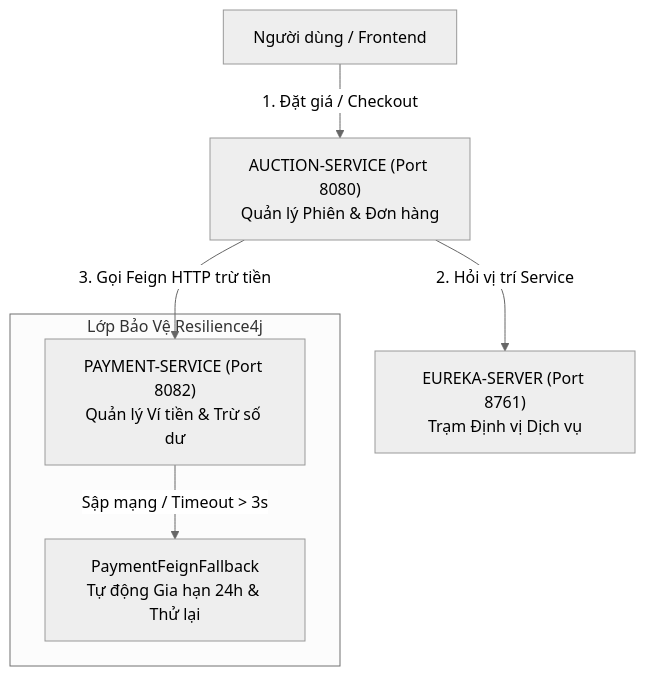
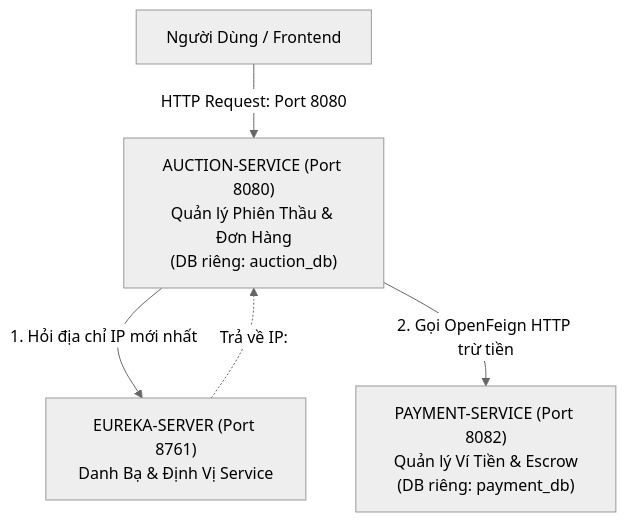
The first of 4 diagrams in documents/MICROSERVICES-DISCOVERY-AND-RESILIENCE-ARCHITECTURE.md (Duongkhmt/AuctionSystem), drawn with Mermaid (neutral theme) before and after one commit. The commit also changed other lines of this file and 8 other files, not shown here.

Commit message:
docs: cập nhật quy trình hậu đấu giá, kiến trúc microservices và hệ thống bảo mật

````diff
--- a/documents/MICROSERVICES-DISCOVERY-AND-RESILIENCE-ARCHITECTURE.md
+++ b/documents/MICROSERVICES-DISCOVERY-AND-RESILIENCE-ARCHITECTURE.md
@@ -21,12 +15,9 @@
 ```mermaid
 flowchart TD
-    Client["Người dùng / Frontend"] -->|1. Đặt giá / Checkout| AuctionService["AUCTION-SERVICE (Port 8080)<br/>Quản lý Phiên & Đơn hàng"]
+    Client["Người Dùng / Frontend"] -->|HTTP Request: Port 8080| AuctionService["AUCTION-SERVICE (Port 8080)<br/>Quản lý Phiên Thầu & Đơn Hàng<br/>(DB riêng: auction_db)"]
     
-    AuctionService -->|2. Hỏi vị trí Service| EurekaServer["EUREKA-SERVER (Port 8761)<br/>Trạm Định vị Dịch vụ"]
+    AuctionService -->|1. Hỏi địa chỉ IP mới nhất| EurekaServer["EUREKA-SERVER (Port 8761)<br/>Danh Bạ & Định Vị Service"]
+    EurekaServer -.->|Trả về IP:| AuctionService
     
-    AuctionService -->|3. Gọi Feign HTTP trừ tiền| PaymentService["PAYMENT-SERVICE (Port 8082)<br/>Quản lý Ví tiền & Trừ số dư"]
-    
-    subgraph CircuitBreakerProtection ["Lớp Bảo Vệ Resilience4j"]
-        PaymentService -- "Sập mạng / Timeout > 3s" --> Fallback["PaymentFeignFallback<br/>Tự động Gia hạn 24h & Thử lại"]
-    end
+    AuctionService -->|2. Gọi OpenFeign HTTP trừ tiền| PaymentService["PAYMENT-SERVICE (Port 8082)<br/>Quản lý Ví Tiền & Escrow<br/>(DB riêng: payment_db)"]
 ```
````
